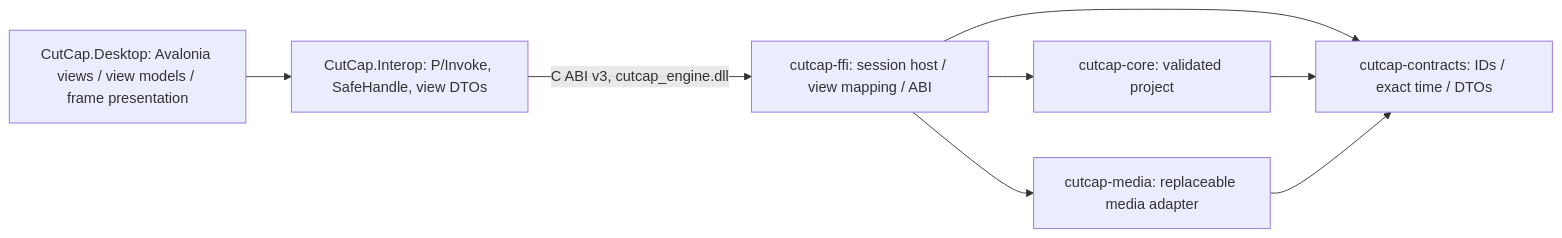
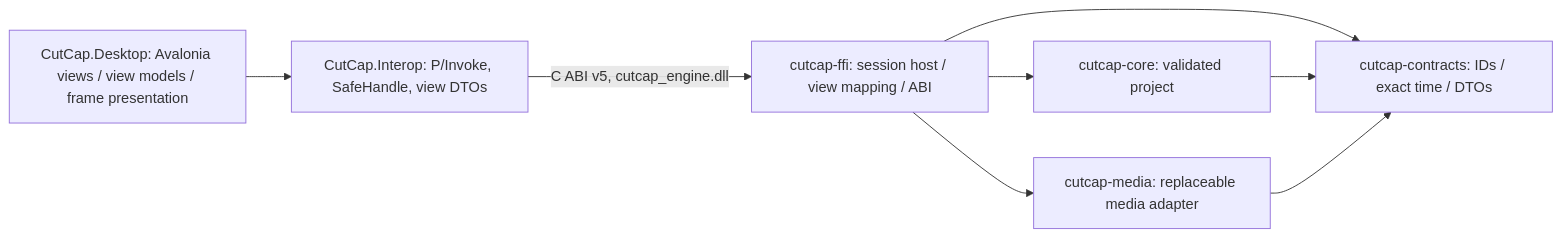
Before and after one commit to ayzeeyan/cutcap: the diagram in docs/ARCHITECTURE.md, drawn with Mermaid. The commit also changed other lines of this file and 27 other files, not shown here.

First line of the commit message:
feat(engine): evaluate exact timeline previews through ABI 5

````diff
--- a/docs/ARCHITECTURE.md
+++ b/docs/ARCHITECTURE.md
@@ -7,10 +9,10 @@
 ```mermaid
 flowchart LR
   Desktop[CutCap.Desktop: Avalonia views / view models / frame presentation] --> Interop[CutCap.Interop: P/Invoke, SafeHandle, view DTOs]
-  Interop -- C ABI v3, cutcap_engine.dll --> Ffi[cutcap-ffi: session host / view mapping / ABI]
+  Interop -- C ABI v5, cutcap_engine.dll --> Ffi[cutcap-ffi: session host / view mapping / ABI]
   Ffi --> Core[cutcap-core: validated project]
   Ffi --> Media[cutcap-media: replaceable media adapter]
   Ffi --> Contracts[cutcap-contracts: IDs / exact time / DTOs]
   Core --> Contracts
   Media --> Contracts
 ```
````
